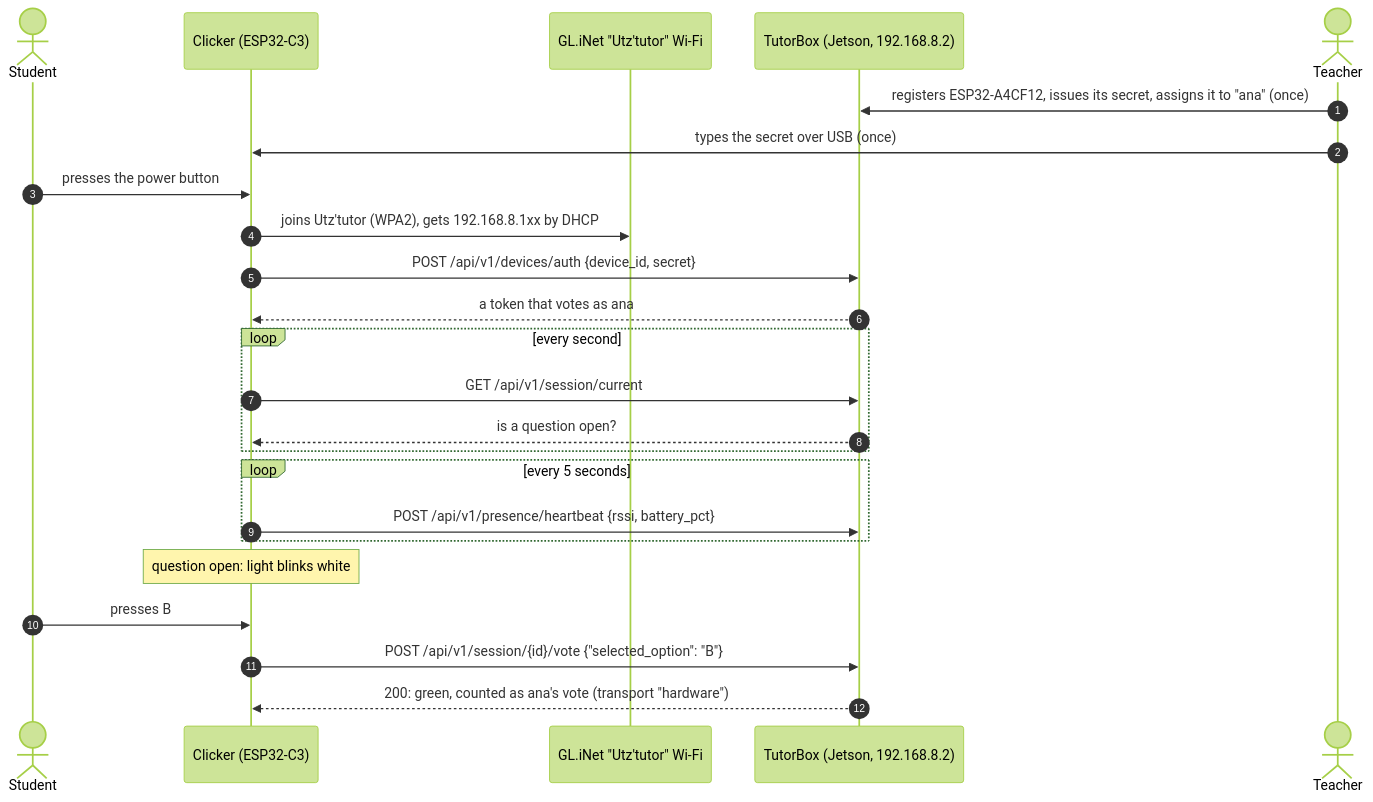
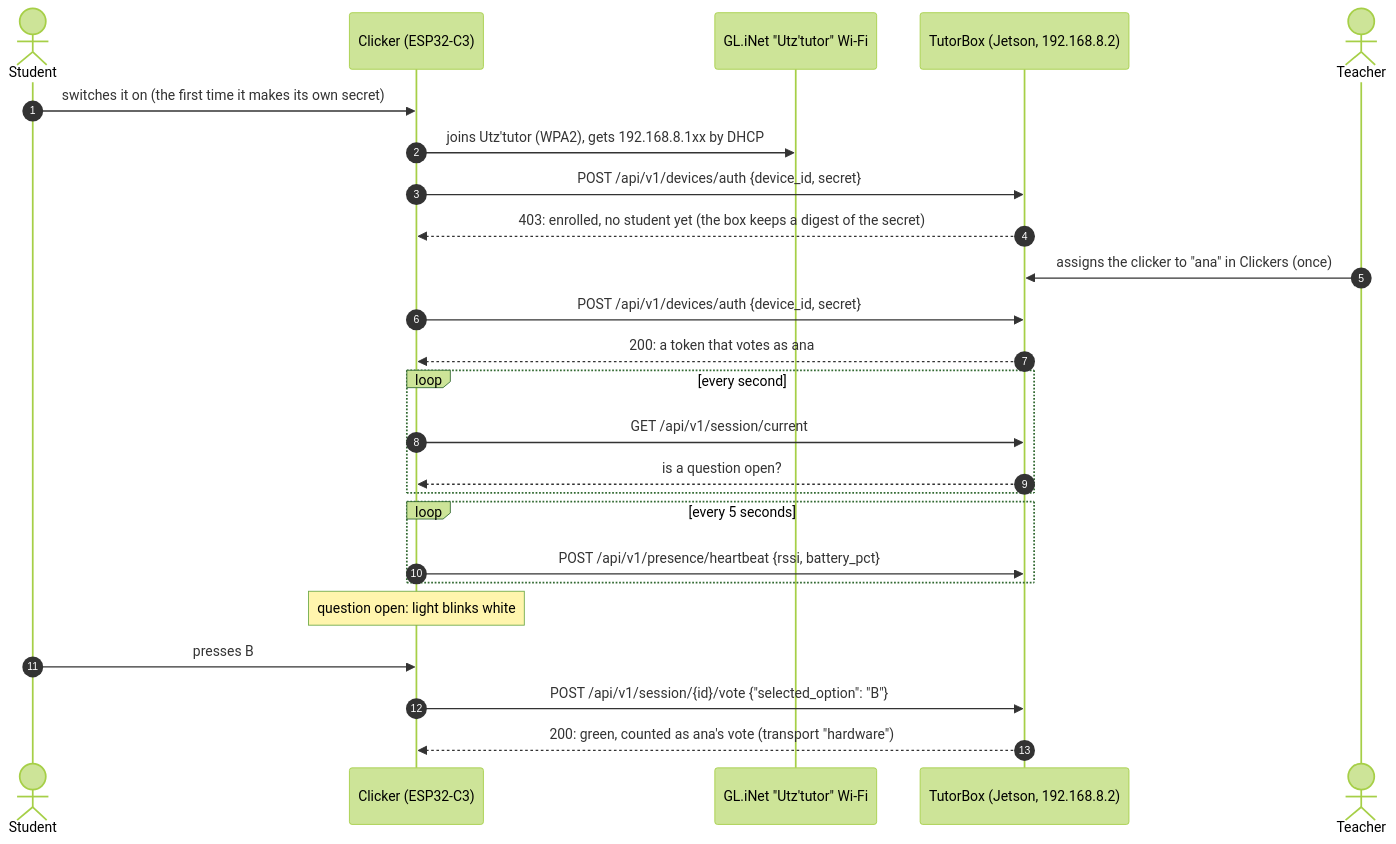
The first of 2 diagrams in firmware/clicker/README.md (GabGP/TutorBox), drawn with Mermaid (forest theme) before and after one commit. The commit also changed other lines of this file and 21 other files, not shown here.

Commit message:
feat(firmware): make the clicker's own secret on first boot and add a reset gesture

````diff
--- a/firmware/clicker/README.md
+++ b/firmware/clicker/README.md
@@ -35,27 +35,28 @@
 ```mermaid
 sequenceDiagram
     autonumber
     actor Kid as Student
     participant C as Clicker (ESP32-C3)
     participant R as GL.iNet "Utz'tutor" Wi-Fi
     participant T as TutorBox (Jetson, 192.168.8.2)
     actor Teacher
 
-    Teacher->>T: registers ESP32-A4CF12, issues its secret, assigns it to "ana" (once)
-    Teacher->>C: types the secret over USB (once)
-    Kid->>C: presses the power button
+    Kid->>C: switches it on (the first time it makes its own secret)
     C->>R: joins Utz'tutor (WPA2), gets 192.168.8.1xx by DHCP
     C->>T: POST /api/v1/devices/auth {device_id, secret}
-    T-->>C: a token that votes as ana
+    T-->>C: 403: enrolled, no student yet (the box keeps a digest of the secret)
+    Teacher->>T: assigns the clicker to "ana" in Clickers (once)
+    C->>T: POST /api/v1/devices/auth {device_id, secret}
+    T-->>C: 200: a token that votes as ana
     loop every second
         C->>T: GET /api/v1/session/current
         T-->>C: is a question open?
     end
     loop every 5 seconds
         C->>T: POST /api/v1/presence/heartbeat {rssi, battery_pct}
     end
     Note over C: question open: light blinks white
     Kid->>C: presses B
     C->>T: POST /api/v1/session/{id}/vote {"selected_option": "B"}
     T-->>C: 200: green, counted as ana's vote (transport "hardware")
 ```
````
